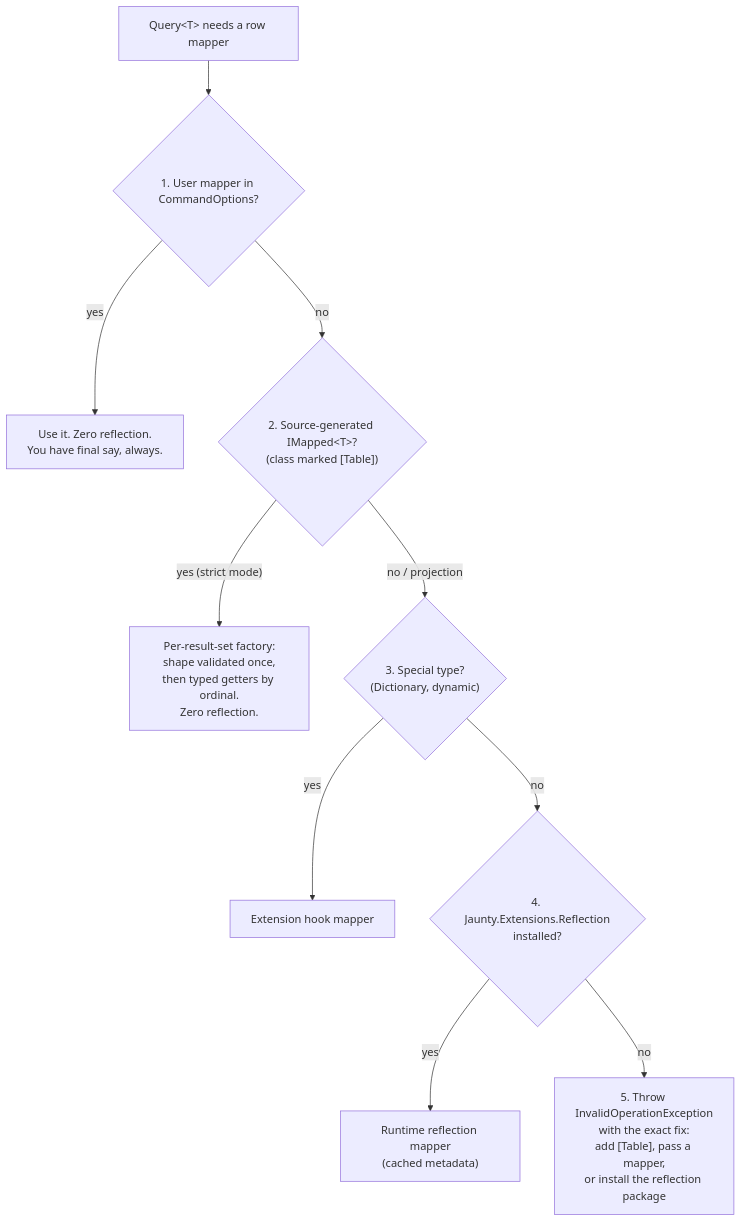
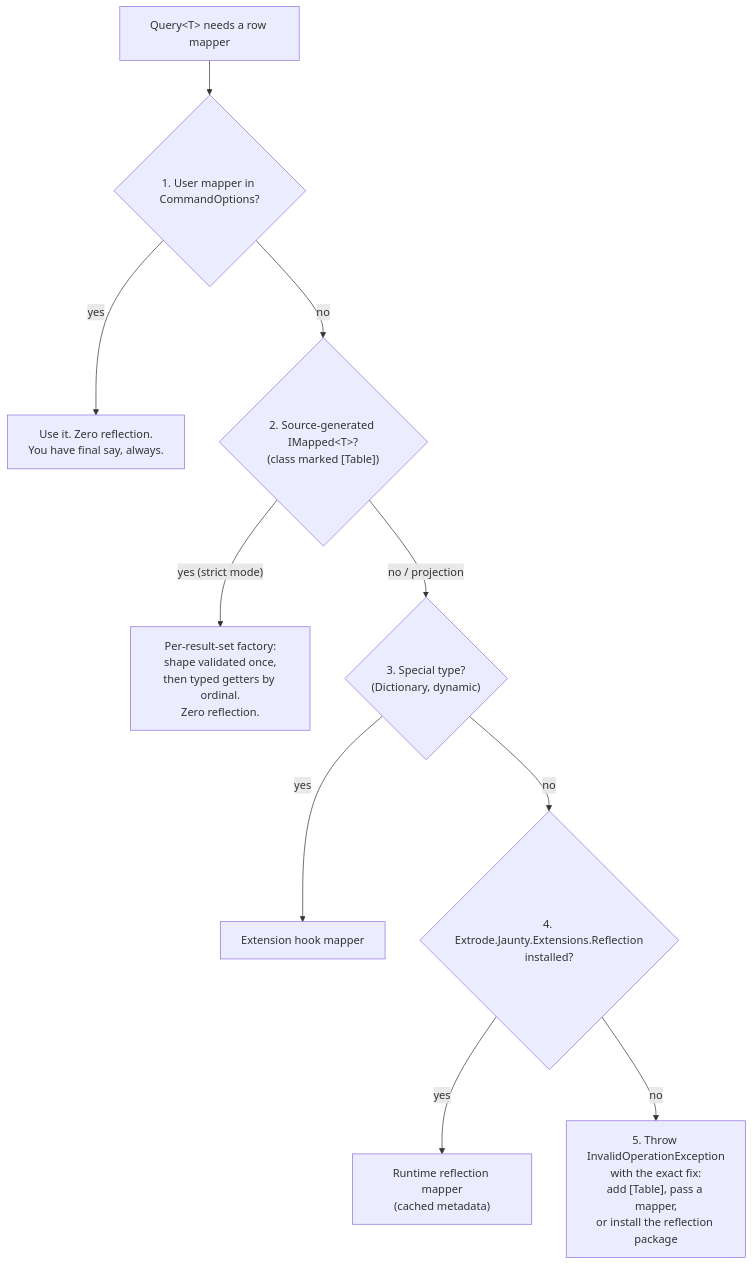
Before and after one commit to extrode/jaunty: the first of 2 diagrams in docs/00-quick-start/why-jaunty.md, drawn with Mermaid. The commit also changed other lines of this file and 77 other files, not shown here.

First line of the commit message:
docs: update Extrode.Jaunty.* code references, add breaking-change note

````diff
--- a/docs/00-quick-start/why-jaunty.md
+++ b/docs/00-quick-start/why-jaunty.md
@@ -21,12 +21,12 @@
 ```mermaid
 flowchart TD
     A["Query&lt;T&gt; needs a row mapper"] --> B{"1. User mapper in CommandOptions?"}
     B -- yes --> B1["Use it. Zero reflection.<br/>You have final say, always."]
     B -- no --> C{"2. Source-generated IMapped&lt;T&gt;?<br/>(class marked [Table])"}
     C -- "yes (strict mode)" --> C1["Per-result-set factory:<br/>shape validated once,<br/>then typed getters by ordinal.<br/>Zero reflection."]
     C -- no / projection --> D{"3. Special type?<br/>(Dictionary, dynamic)"}
     D -- yes --> D1["Extension hook mapper"]
-    D -- no --> E{"4. Jaunty.Extensions.Reflection<br/>installed?"}
+    D -- no --> E{"4. Extrode.Jaunty.Extensions.Reflection<br/>installed?"}
     E -- yes --> E1["Runtime reflection mapper<br/>(cached metadata)"]
     E -- no --> F["5. Throw InvalidOperationException<br/>with the exact fix:<br/>add [Table], pass a mapper,<br/>or install the reflection package"]
 ```
````
